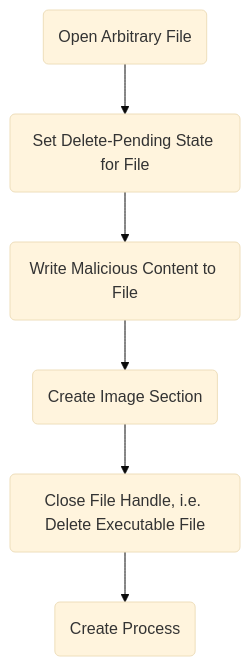
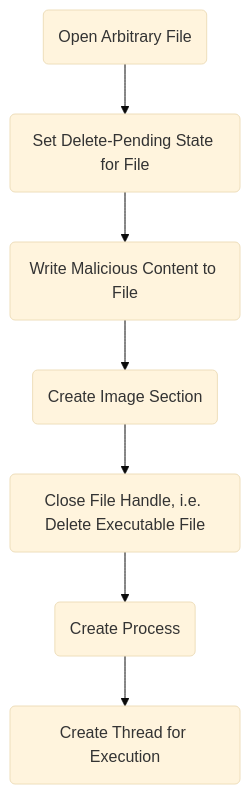
Before and after one commit to niri81/process-ghosting: the third of 3 diagrams in presentation/slides.md, drawn with Mermaid (base theme). The commit also changed other lines of this file, not shown here.

Commit message:
feat: make process diagram better understandable

````diff
--- a/presentation/slides.md
+++ b/presentation/slides.md
@@ -169,11 +167,12 @@
 ```mermaid
 graph TD
 A(Open Arbitrary File)
 F(Set Delete-Pending State for File)
 G(Write Malicious Content to File)
 B(Create Image Section)
 C(Close File Handle, i.e. Delete Executable File)
 D(Create Process)
+E(Create Thread for Execution)
 
-A --> F --> G --> B --> C --> D
+A --> F --> G --> B --> C --> D --> E
 ```
````
